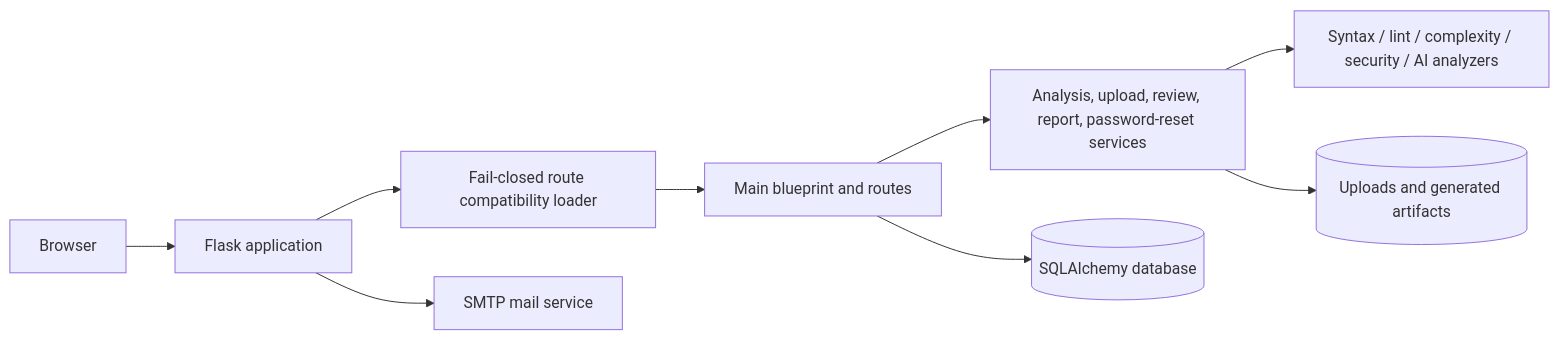
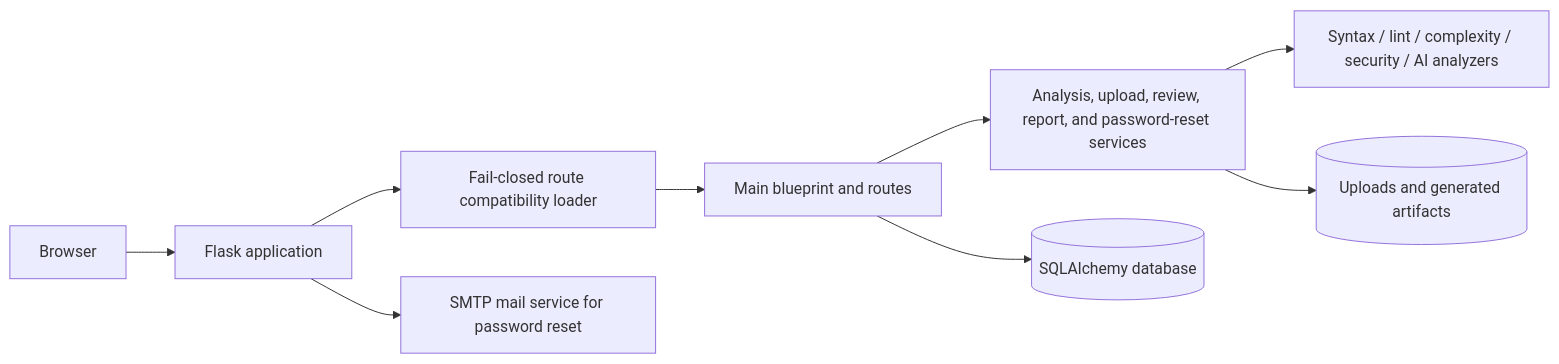
The diagram in README.md (HaziqBinAfzal/HR-Presents-Sentrix), drawn with Mermaid before and after one commit. The commit also changed other lines of this file, not shown here.

````diff
--- a/README.md
+++ b/README.md
@@ -57,11 +27,11 @@
 ```mermaid
 flowchart LR
     U[Browser] --> W[Flask application]
     W --> L[Fail-closed route compatibility loader]
     L --> R[Main blueprint and routes]
-    R --> S[Analysis, upload, review, report, password-reset services]
+    R --> S[Analysis, upload, review, report, and password-reset services]
     S --> A[Syntax / lint / complexity / security / AI analyzers]
     R --> D[(SQLAlchemy database)]
     S --> F[(Uploads and generated artifacts)]
-    W --> M[SMTP mail service]
+    W --> M[SMTP mail service for password reset]
 ```
````
